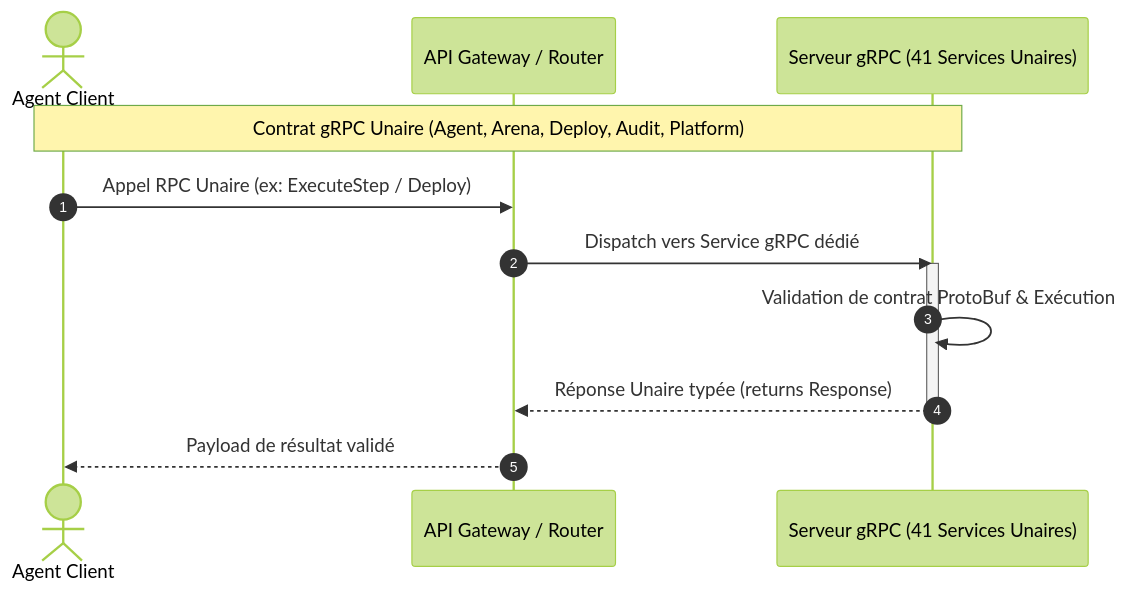
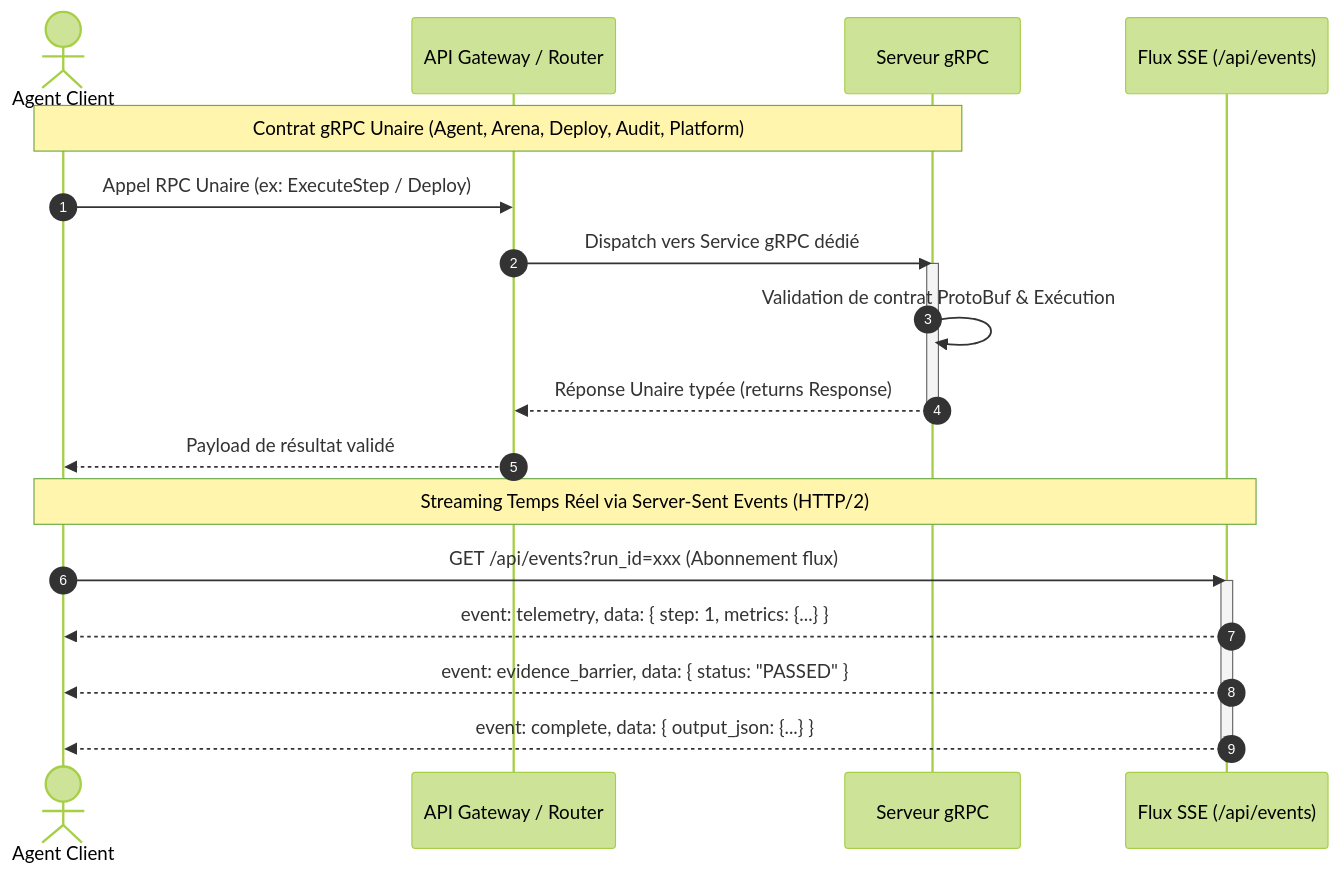
The third of 4 diagrams in docs/03-reference/api-et-contrats.md (PISSARAW/GenOS), drawn with Mermaid (forest theme) before and after one commit. The commit also changed other lines of this file and 22 other files, not shown here.

````diff
--- a/docs/03-reference/api-et-contrats.md
+++ b/docs/03-reference/api-et-contrats.md
@@ -310,17 +309,25 @@
 ```mermaid
 sequenceDiagram
     autonumber
     actor Client as Agent Client
     participant Gateway as API Gateway / Router
-    participant gRPCServer as Serveur gRPC (41 Services Unaires)
+    participant gRPCServer as Serveur gRPC
+    participant SSEStream as Flux SSE (/api/events)
 
     Note over Client,gRPCServer: Contrat gRPC Unaire (Agent, Arena, Deploy, Audit, Platform)
     Client->>Gateway: Appel RPC Unaire (ex: ExecuteStep / Deploy)
     Gateway->>gRPCServer: Dispatch vers Service gRPC dédié
     activate gRPCServer
     gRPCServer->>gRPCServer: Validation de contrat ProtoBuf & Exécution
     gRPCServer-->>Gateway: Réponse Unaire typée (returns Response)
     deactivate gRPCServer
     Gateway-->>Client: Payload de résultat validé
 
+    Note over Client,SSEStream: Streaming Temps Réel via Server-Sent Events (HTTP/2)
+    Client->>SSEStream: GET /api/events?run_id=xxx (Abonnement flux)
+    activate SSEStream
+    SSEStream-->>Client: event: telemetry, data: { step: 1, metrics: {...} }
+    SSEStream-->>Client: event: evidence_barrier, data: { status: "PASSED" }
+    SSEStream-->>Client: event: complete, data: { output_json: {...} }
+    deactivate SSEStream
 ```
````
